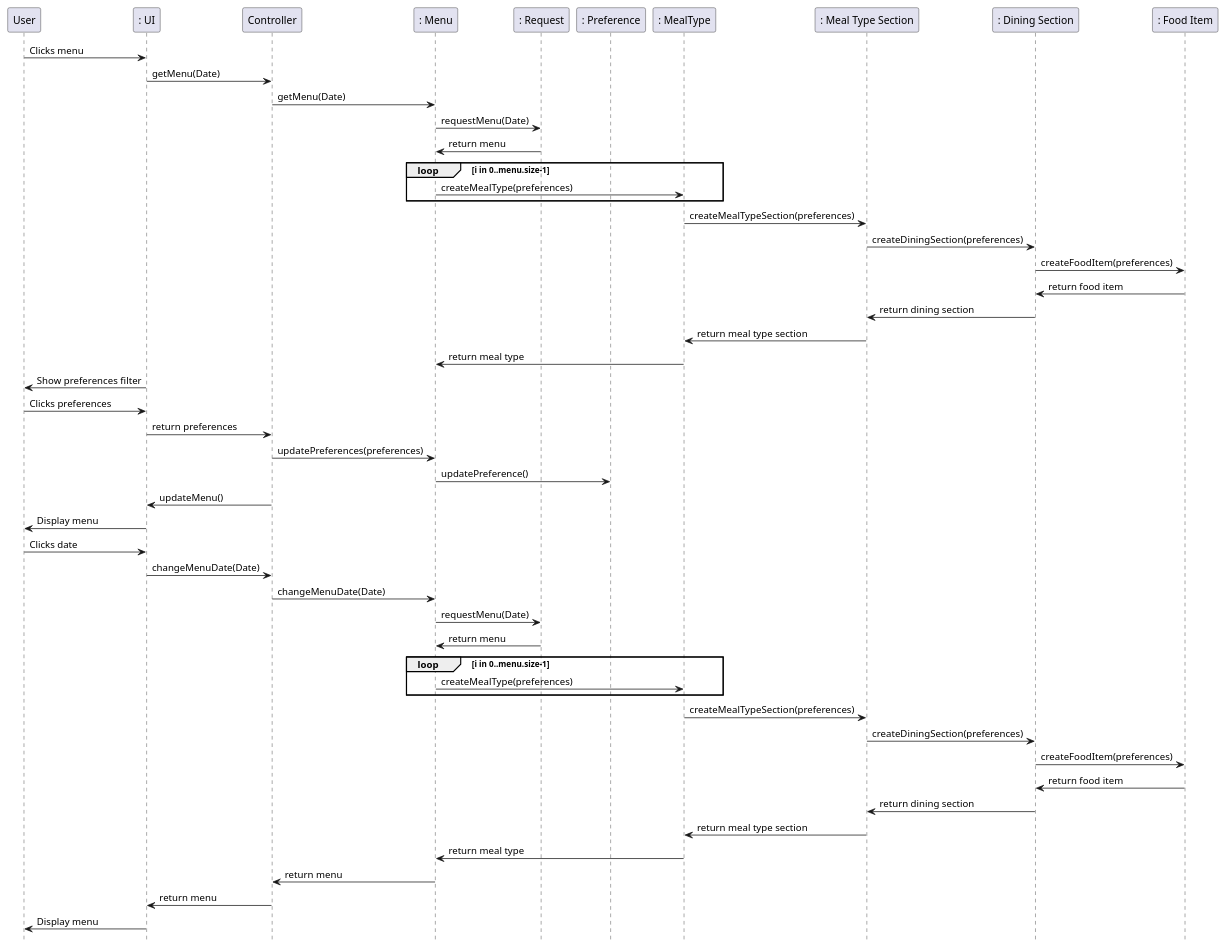
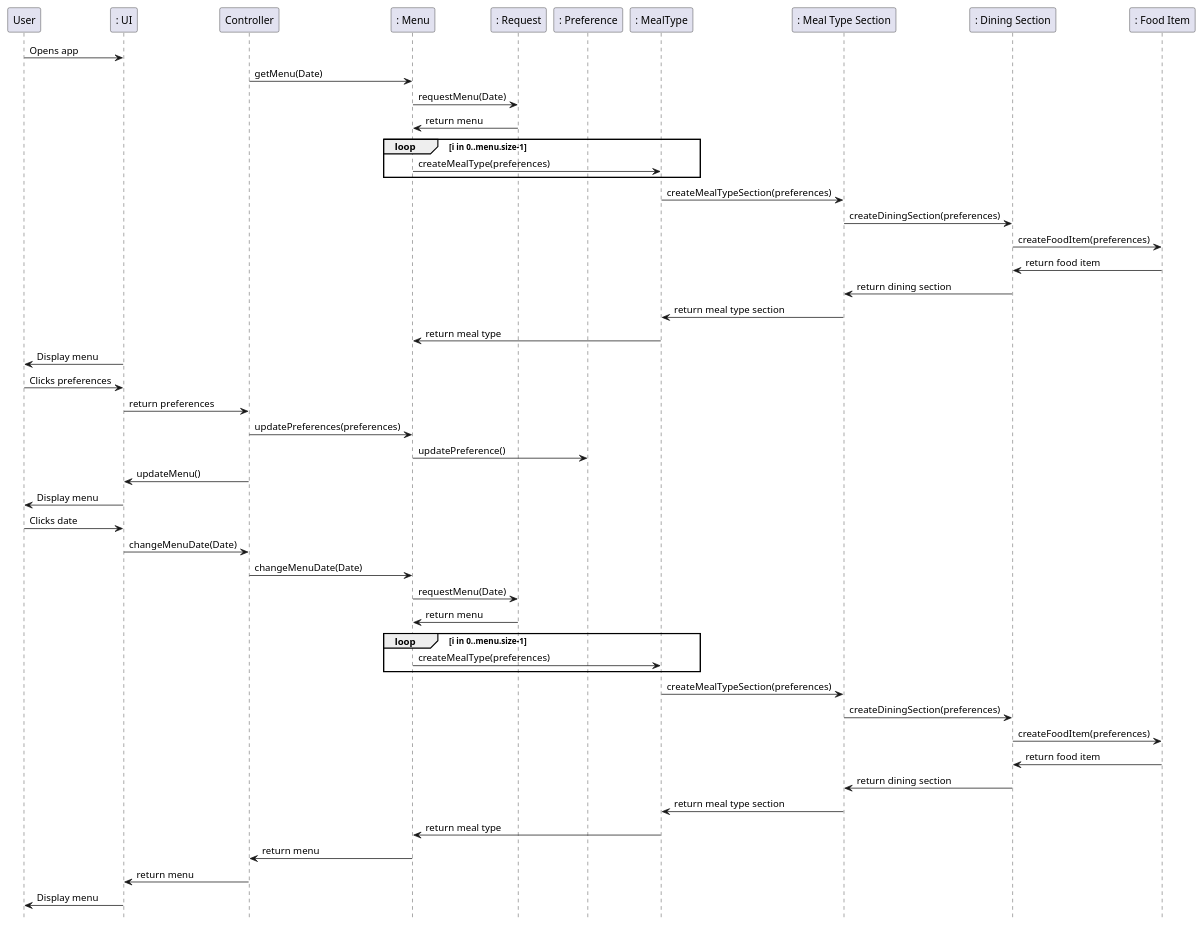
The second of 2 diagrams in intellij/doc/use-cases/use-case-browse.md (EzekielEkanem/team-1d), drawn with PlantUML before and after one commit. The commit also changed 1 other file, not shown here.

Commit message:
Update class diagram and browse sequence diagram

````diff
--- a/intellij/doc/use-cases/use-case-browse.md
+++ b/intellij/doc/use-cases/use-case-browse.md
@@ -81,65 +81,64 @@
 ```plantuml
 Sequence diagrams: messages
 @startuml
 hide footbox
 
 participant "User" as user
 participant ": UI" as ui
 participant "Controller" as controller
 participant ": Menu" as menu
 participant ": Request" as request
 participant ": Preference" as preference
 participant ": MealType" as meal_t
 participant ": Meal Type Section" as meal_t_s
 participant ": Dining Section" as d_s
 participant ": Food Item" as food_item
 
-user -> ui : Clicks menu
-ui -> controller : getMenu(Date)
+user -> ui : Opens app
 controller -> menu : getMenu(Date)
 menu -> request : requestMenu(Date)
 request -> menu : return menu
 loop i in 0..menu.size-1
     menu -> meal_t : createMealType(preferences)
 end
 meal_t -> meal_t_s : createMealTypeSection(preferences)
 meal_t_s -> d_s : createDiningSection(preferences)
 d_s -> food_item : createFoodItem(preferences)
 food_item -> d_s : return food item
 d_s -> meal_t_s : return dining section
 meal_t_s -> meal_t : return meal type section
 meal_t -> menu : return meal type
-ui -> user : Show preferences filter
+ui -> user : Display menu
 
 user -> ui : Clicks preferences
 ui -> controller : return preferences
 controller -> menu : updatePreferences(preferences)
 menu -> preference : updatePreference()
 controller -> ui : updateMenu()
 ui -> user : Display menu
 
 user -> ui : Clicks date
 ui -> controller : changeMenuDate(Date)
 controller -> menu : changeMenuDate(Date)
 menu -> request : requestMenu(Date)
 request -> menu : return menu
 loop i in 0..menu.size-1
     menu -> meal_t : createMealType(preferences)
 end
 meal_t -> meal_t_s : createMealTypeSection(preferences)
 meal_t_s -> d_s : createDiningSection(preferences)
 d_s -> food_item : createFoodItem(preferences)
 food_item -> d_s : return food item
 d_s -> meal_t_s : return dining section
 meal_t_s -> meal_t : return meal type section
 meal_t -> menu : return meal type
 menu -> controller : return menu
 controller -> ui : return menu
 ui -> user : Display menu
 
 
 
 
 
 @enduml
 ```
````
